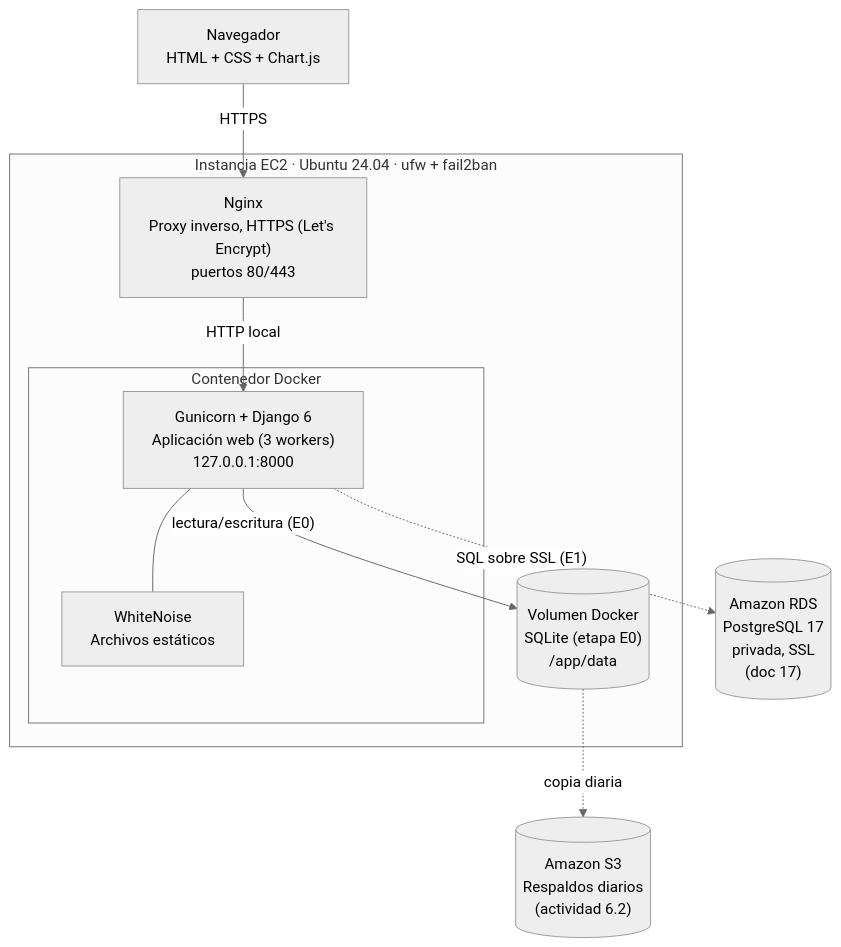
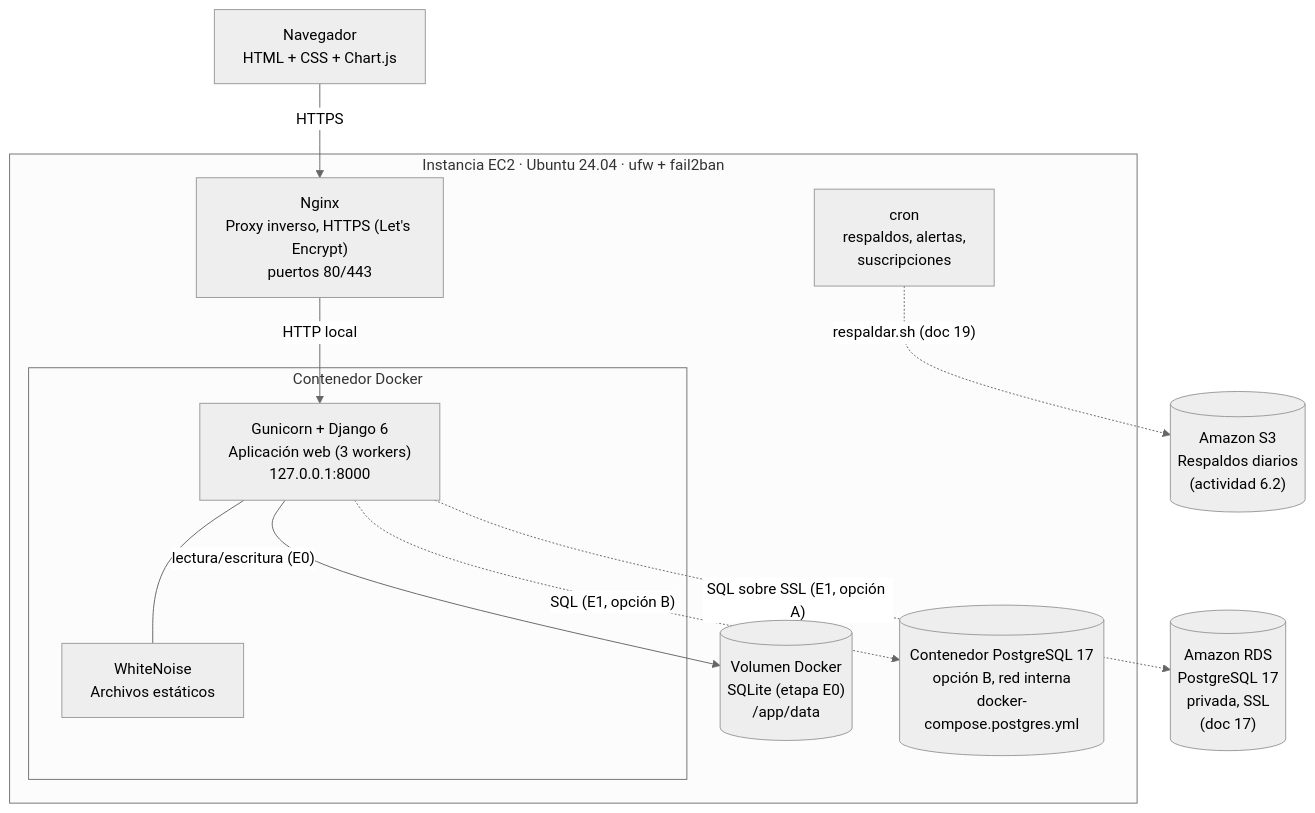
The second of 3 diagrams in docs/07_arquitectura.md (SrDanix/FinMicro), drawn with Mermaid (neutral theme) before and after one commit. The commit also changed other lines of this file and 8 other files, not shown here.

First line of the commit message:
D-04: diagramas actualizados y exportados para los anexos del informe

````diff
--- a/docs/07_arquitectura.md
+++ b/docs/07_arquitectura.md
@@ -33,21 +33,24 @@
 ```mermaid
 flowchart TB
     subgraph EC2["Instancia EC2 · Ubuntu 24.04 · ufw + fail2ban"]
         N["Nginx<br/>Proxy inverso, HTTPS (Let's Encrypt)<br/>puertos 80/443"]
         subgraph D["Contenedor Docker"]
             G["Gunicorn + Django 6<br/>Aplicación web (3 workers)<br/>127.0.0.1:8000"]
             W["WhiteNoise<br/>Archivos estáticos"]
         end
         V[("Volumen Docker<br/>SQLite (etapa E0)<br/>/app/data")]
+        PG[("Contenedor PostgreSQL 17<br/>opción B, red interna<br/>docker-compose.postgres.yml")]
+        C["cron<br/>respaldos, alertas,<br/>suscripciones"]
     end
     RDS[("Amazon RDS<br/>PostgreSQL 17<br/>privada, SSL<br/>(doc 17)")]
     B["Navegador<br/>HTML + CSS + Chart.js"]
     S3[("Amazon S3<br/>Respaldos diarios<br/>(actividad 6.2)")]
 
     B -- HTTPS --> N
     N -- "HTTP local" --> G
     G --- W
     G -- "lectura/escritura (E0)" --> V
-    G -. "SQL sobre SSL (E1)" .-> RDS
-    V -. "copia diaria" .-> S3
+    G -. "SQL sobre SSL (E1, opción A)" .-> RDS
+    G -. "SQL (E1, opción B)" .-> PG
+    C -. "respaldar.sh (doc 19)" .-> S3
 ```
````
